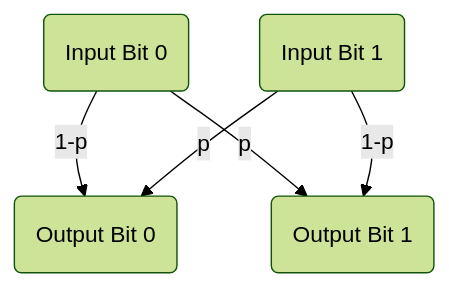
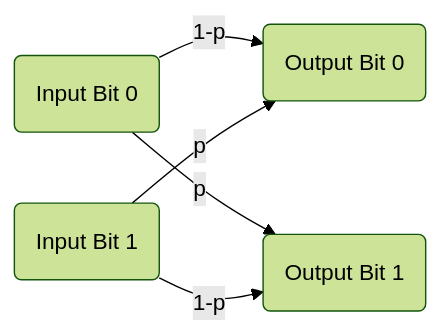
The diagram in Terms and notation/Binary Symmetric Channel.md (Guangqi-Phys/QIQC), drawn with Mermaid (forest theme) before and after one commit. The commit also changed other lines of this file and 1 other file, not shown here.

Commit message:
2024-09-03 15:10:19: ...

````diff
--- a/Terms and notation/Binary Symmetric Channel.md
+++ b/Terms and notation/Binary Symmetric Channel.md
@@ -12,8 +12,8 @@
 ```mermaid
-graph TD 
+graph LR 
 A(Input Bit 0) -->|1-p| B(Output Bit 0) 
 A -->|p| C(Output Bit 1) 
 D(Input Bit 1) -->|1-p| C(Output Bit 1) 
 D -->|p| B(Output Bit 0)
 
 ```
````
